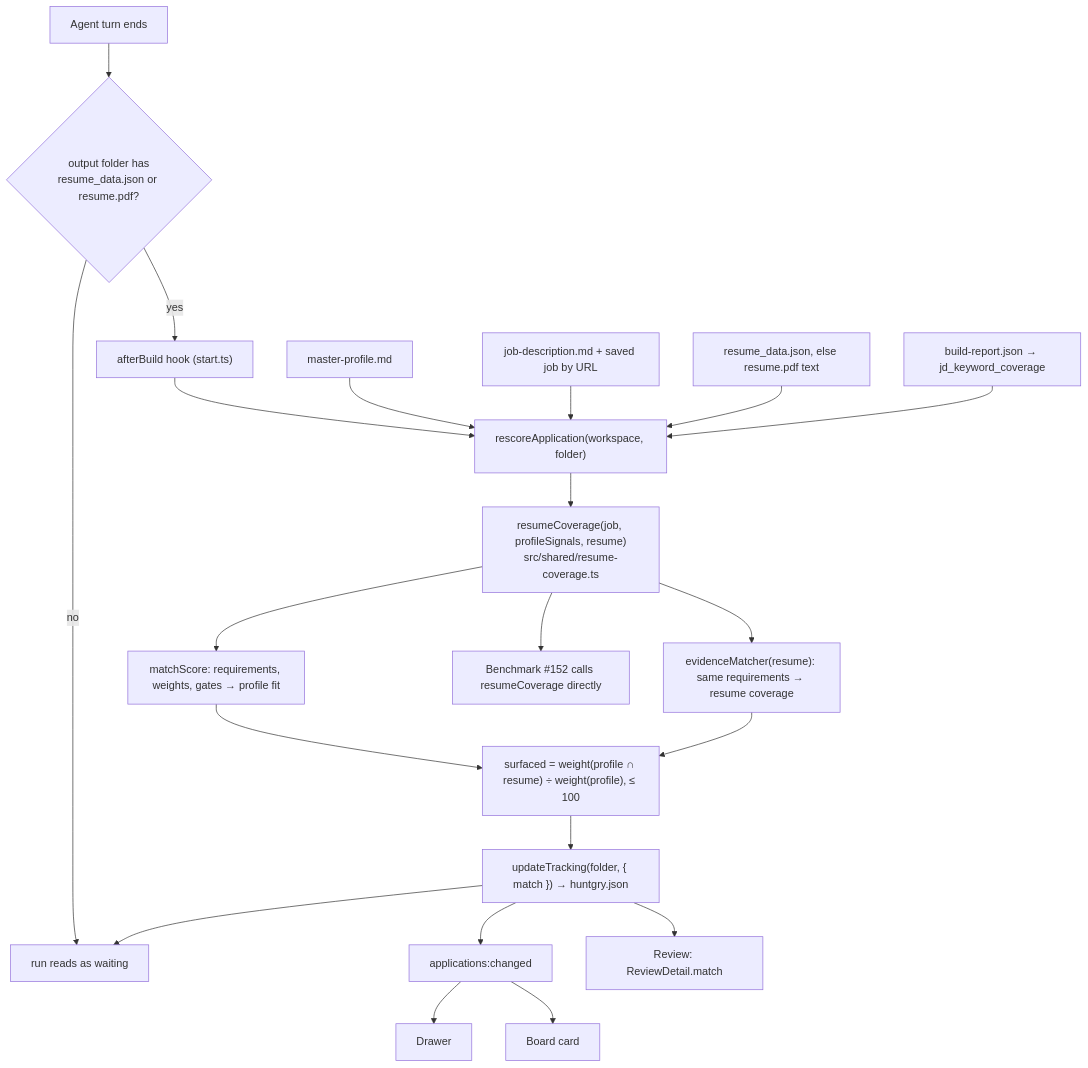
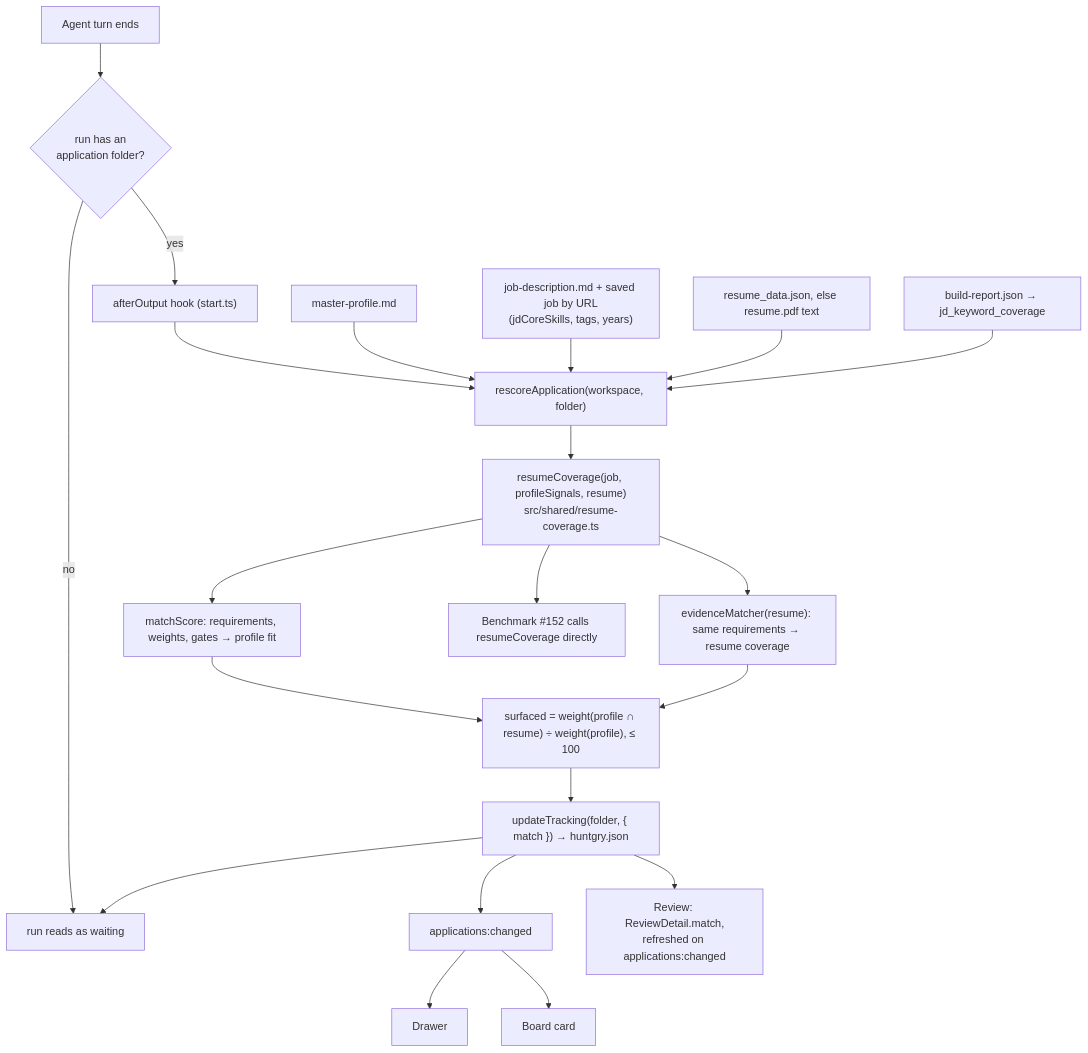
Before and after one commit to silentashish/huntgry: the diagram in docs/changes/151-rescore-after-tailoring.md, drawn with Mermaid. The commit also changed other lines of this file, not shown here.

First line of the commit message:
docs(tailor): describe the review fixes to the re-score

````diff
--- a/docs/changes/151-rescore-after-tailoring.md
+++ b/docs/changes/151-rescore-after-tailoring.md
@@ -35,23 +35,23 @@
 ```mermaid
 flowchart TD
-  T[Agent turn ends] --> F{output folder has<br/>resume_data.json or resume.pdf?}
+  T[Agent turn ends] --> F{run has an<br/>application folder?}
   F -- no --> W[run reads as waiting]
-  F -- yes --> H["afterBuild hook (start.ts)"]
+  F -- yes --> H["afterOutput hook (start.ts)"]
   H --> R["rescoreApplication(workspace, folder)"]
   P[master-profile.md] --> R
-  J[job-description.md + saved job by URL] --> R
+  J["job-description.md + saved job by URL<br/>(jdCoreSkills, tags, years)"] --> R
   D["resume_data.json, else resume.pdf text"] --> R
   B["build-report.json → jd_keyword_coverage"] --> R
   R --> C["resumeCoverage(job, profileSignals, resume)<br/>src/shared/resume-coverage.ts"]
   C --> M["matchScore: requirements, weights, gates → profile fit"]
   C --> E["evidenceMatcher(resume): same requirements → resume coverage"]
   M --> S["surfaced = weight(profile ∩ resume) ÷ weight(profile), ≤ 100"]
   E --> S
   S --> U["updateTracking(folder, { match }) → huntgry.json"]
   U --> W
   U --> X["applications:changed"]
   X --> DR[Drawer]
   X --> CA[Board card]
-  U --> RV["Review: ReviewDetail.match"]
+  U --> RV["Review: ReviewDetail.match,<br/>refreshed on applications:changed"]
   C --> BM["Benchmark #152 calls resumeCoverage directly"]
 ```
````
